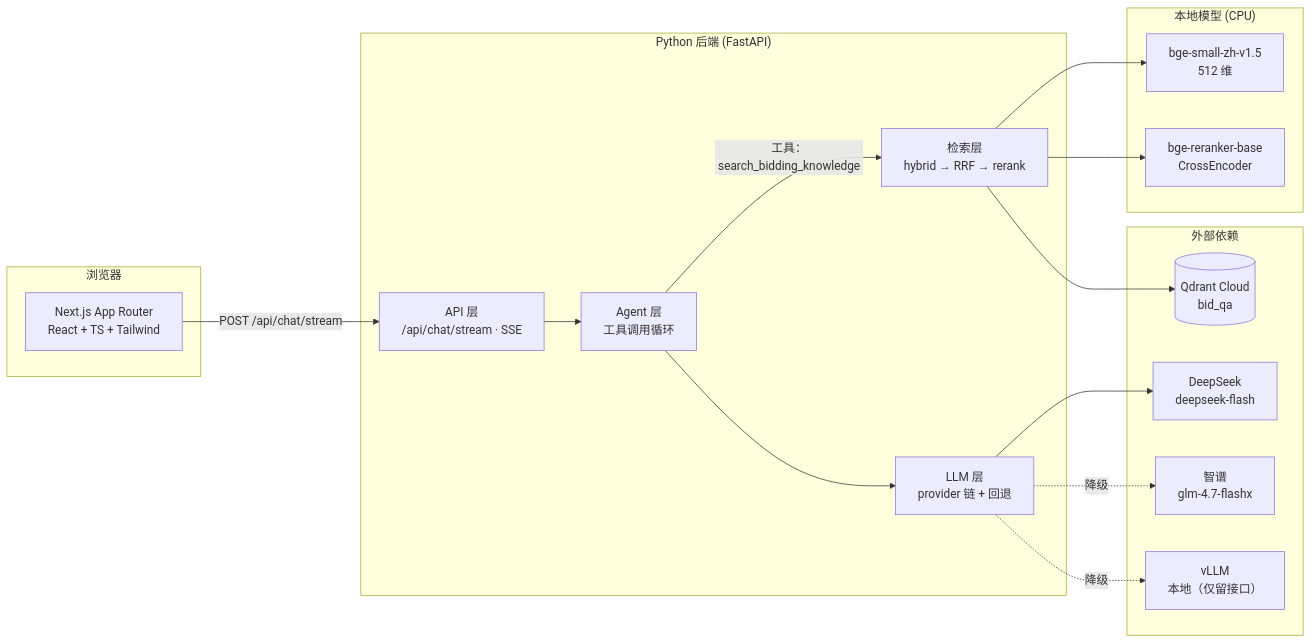
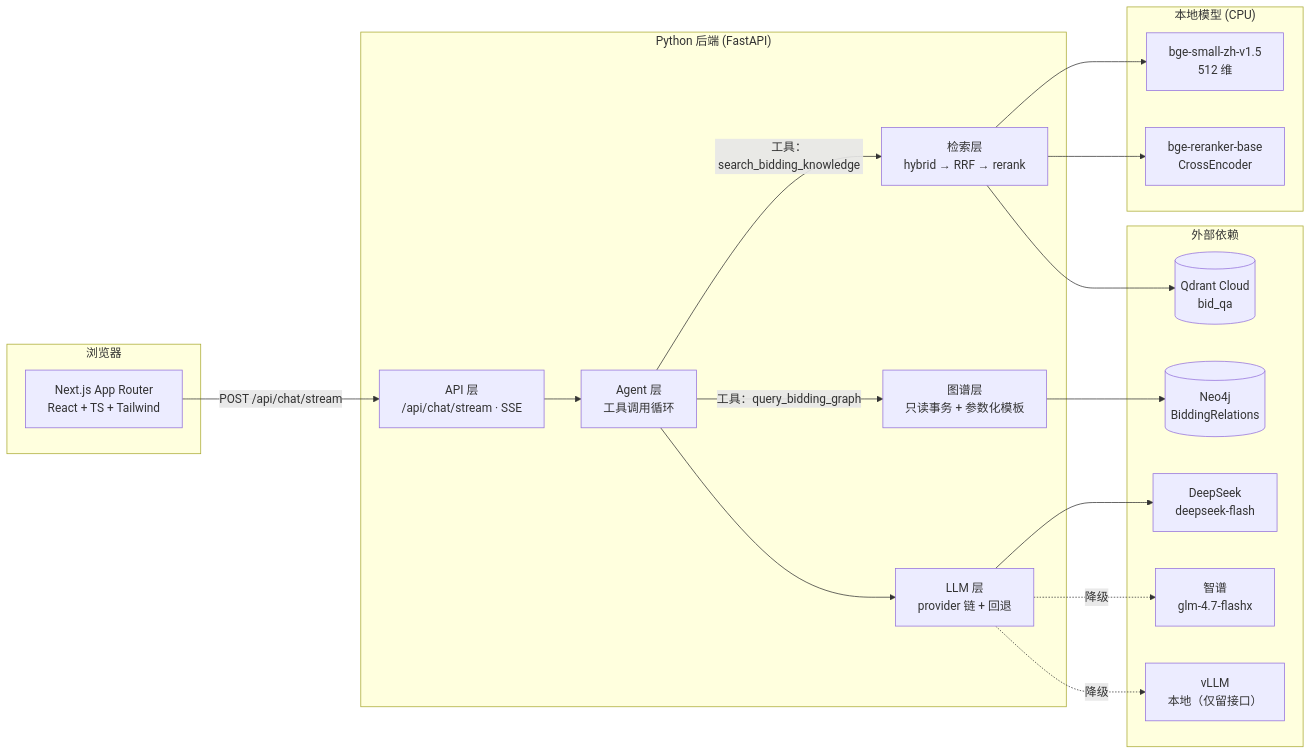
Before and after one commit to HoarHam/Bidding_QA_Chatbot: the first of 2 diagrams in docs/architecture.md, drawn with Mermaid. The commit also changed other lines of this file and 32 other files, not shown here.

First line of the commit message:
feat: 实现 Neo4j 知识图谱查询功能并集成到 Agent

````diff
--- a/docs/architecture.md
+++ b/docs/architecture.md
@@ -6,36 +8,40 @@
 ```mermaid
 flowchart LR
     subgraph client["浏览器"]
         UI["Next.js App Router<br/>React + TS + Tailwind"]
     end
 
     subgraph server["Python 后端 (FastAPI)"]
         API["API 层<br/>/api/chat/stream · SSE"]
         AG["Agent 层<br/>工具调用循环"]
         RET["检索层<br/>hybrid → RRF → rerank"]
+        GR["图谱层<br/>只读事务 + 参数化模板"]
         LLM["LLM 层<br/>provider 链 + 回退"]
     end
 
     subgraph ext["外部依赖"]
         QD[("Qdrant Cloud<br/>bid_qa")]
+        NEO[("Neo4j<br/>BiddingRelations")]
         DS["DeepSeek<br/>deepseek-flash"]
         ZP["智谱<br/>glm-4.7-flashx"]
         VL["vLLM<br/>本地（仅留接口）"]
     end
 
     subgraph local["本地模型 (CPU)"]
         EMB["bge-small-zh-v1.5<br/>512 维"]
         RRK["bge-reranker-base<br/>CrossEncoder"]
     end
 
     UI -->|"POST /api/chat/stream"| API
     API --> AG
     AG -->|"工具：search_bidding_knowledge"| RET
     RET --> EMB
     RET --> QD
     RET --> RRK
+    AG -->|"工具：query_bidding_graph"| GR
+    GR --> NEO
     AG --> LLM
     LLM --> DS
     LLM -.降级.-> ZP
     LLM -.降级.-> VL
 ```
````
